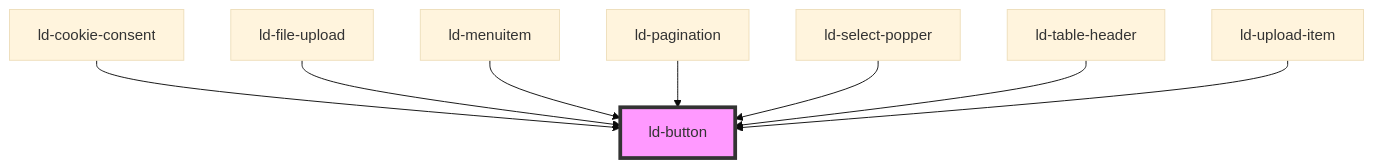
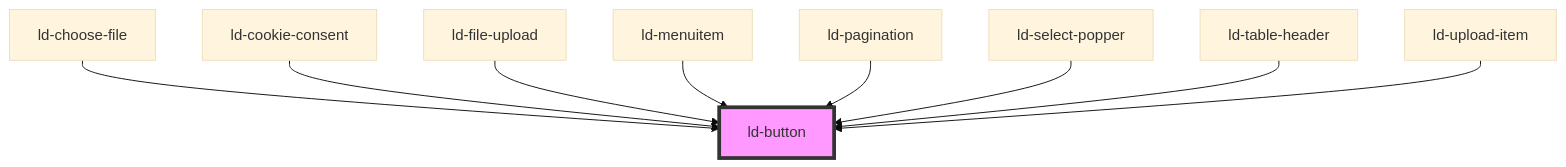
One commit to emdgroup-liquid/liquid changed the diagram in src/liquid/components/ld-button/readme.md. Above: the diagram before and after it, drawn with Mermaid (base theme). The commit also changed other lines of this file and 26 other files, not shown here.

````diff
--- a/src/liquid/components/ld-button/readme.md
+++ b/src/liquid/components/ld-button/readme.md
@@ -695,11 +696,12 @@
 ```mermaid
 graph TD;
+  ld-choose-file --> ld-button
   ld-cookie-consent --> ld-button
   ld-file-upload --> ld-button
   ld-menuitem --> ld-button
   ld-pagination --> ld-button
   ld-select-popper --> ld-button
   ld-table-header --> ld-button
   ld-upload-item --> ld-button
   style ld-button fill:#f9f,stroke:#333,stroke-width:4px
 ```
````
